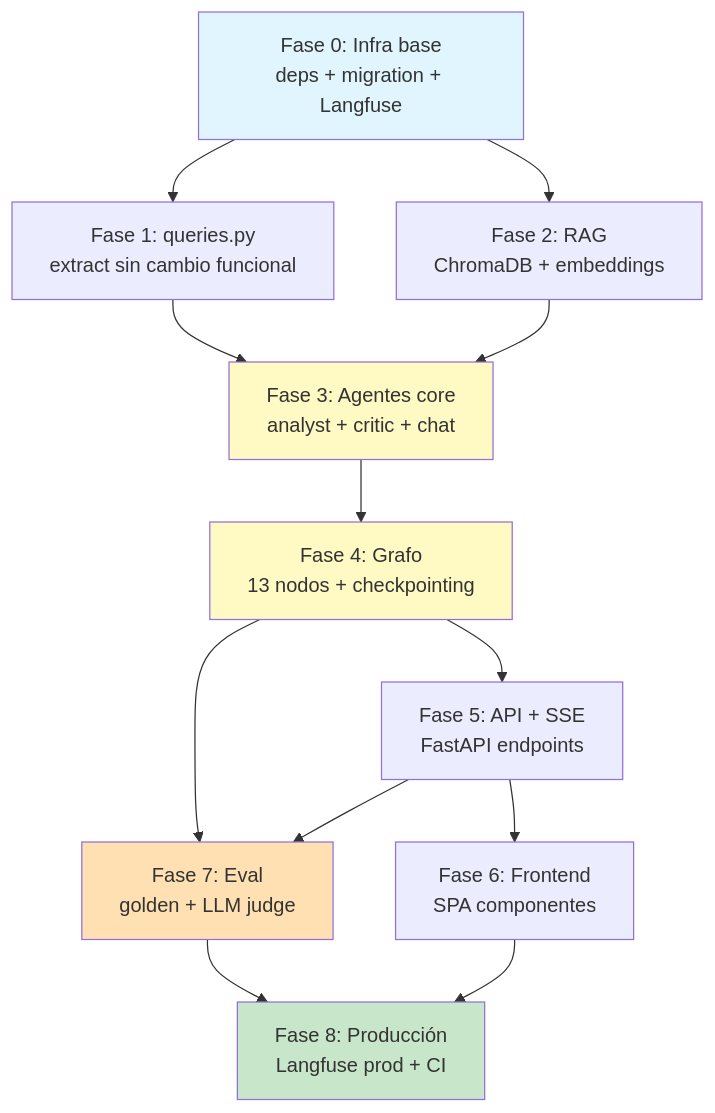
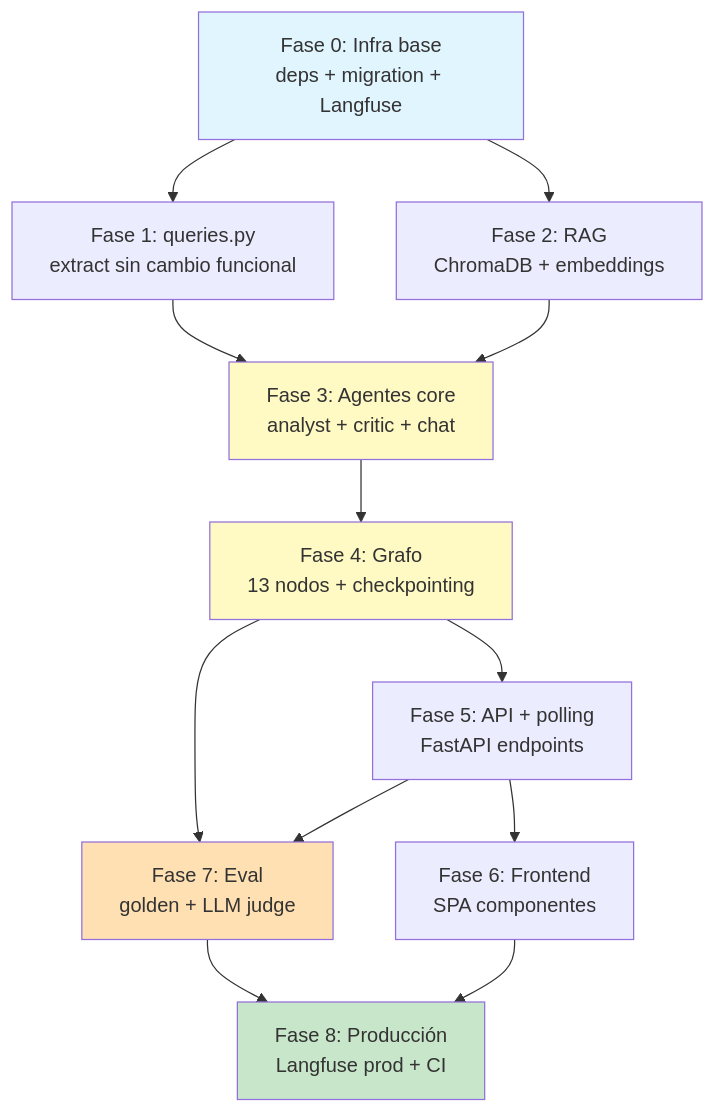
The second of 3 diagrams in docs/10-race-results/v2-implementation-workflow.md (Club-Deportivo-Trocha-y-Ruta/mi), drawn with Mermaid before and after one commit. The commit also changed other lines of this file and 1 other file, not shown here.

First line of the commit message:
docs(race-results): descarta SSE en favor de polling cada 2s

````diff
--- a/docs/10-race-results/v2-implementation-workflow.md
+++ b/docs/10-race-results/v2-implementation-workflow.md
@@ -99,20 +99,20 @@
 ```mermaid
 graph TD
     F0[Fase 0: Infra base<br/>deps + migration + Langfuse] --> F1[Fase 1: queries.py<br/>extract sin cambio funcional]
     F0 --> F2[Fase 2: RAG<br/>ChromaDB + embeddings]
     F1 --> F3[Fase 3: Agentes core<br/>analyst + critic + chat]
     F2 --> F3
     F3 --> F4[Fase 4: Grafo<br/>13 nodos + checkpointing]
-    F4 --> F5[Fase 5: API + SSE<br/>FastAPI endpoints]
+    F4 --> F5[Fase 5: API + polling<br/>FastAPI endpoints]
     F5 --> F6[Fase 6: Frontend<br/>SPA componentes]
     F4 --> F7[Fase 7: Eval<br/>golden + LLM judge]
     F5 --> F7
     F7 --> F8[Fase 8: Producción<br/>Langfuse prod + CI]
     F6 --> F8
 
     style F0 fill:#e1f5fe
     style F3 fill:#fff9c4
     style F4 fill:#fff9c4
     style F7 fill:#ffe0b2
     style F8 fill:#c8e6c9
 ```
````
